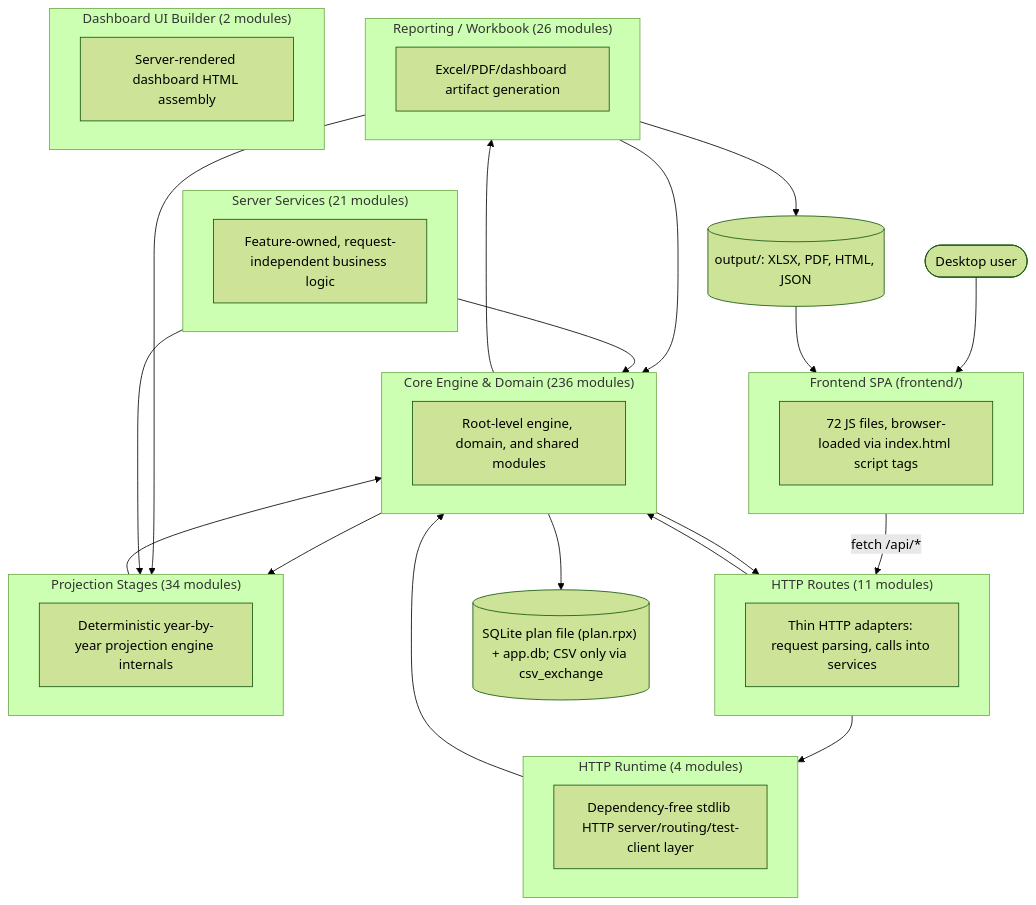
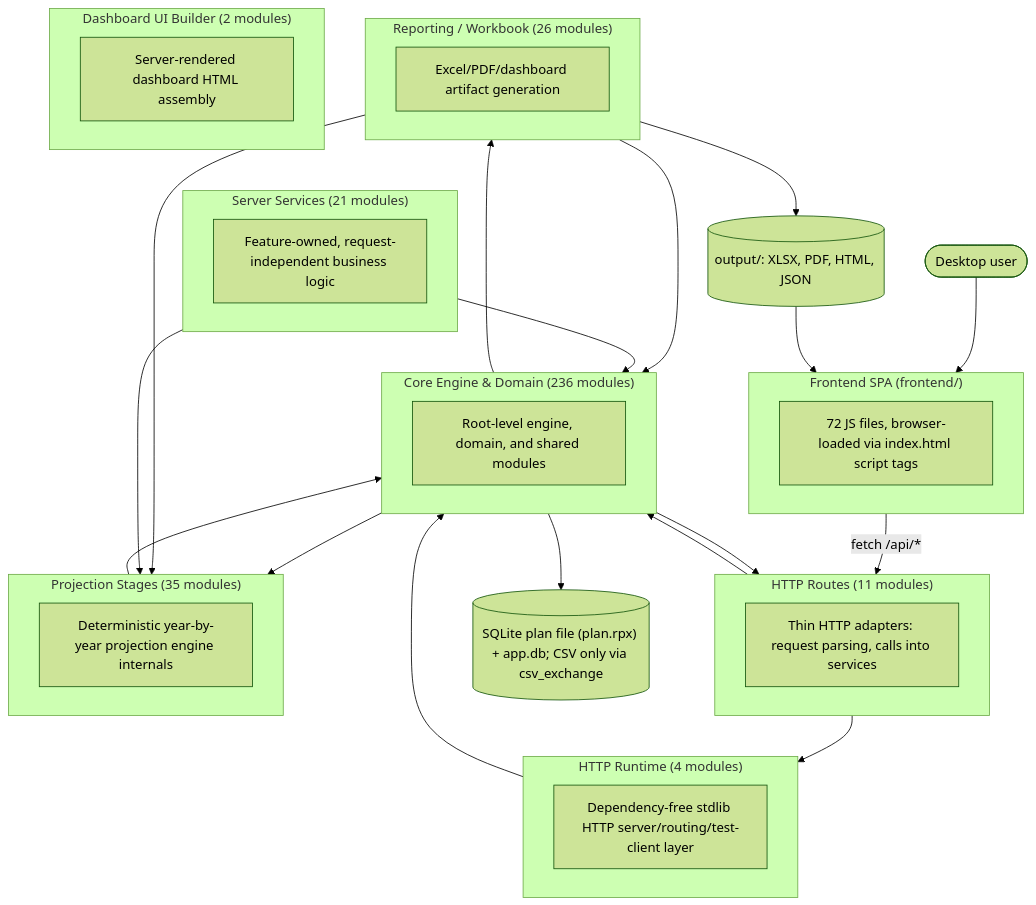
One commit to matthartzman/retirement_system changed the first of 2 diagrams in documentation/reference/SYSTEM_ARCHITECTURE_DIAGRAM.md. Above: the diagram before and after it, drawn with Mermaid (forest theme). The commit also changed other lines of this file and 3 other files, not shown here.

````diff
--- a/documentation/reference/SYSTEM_ARCHITECTURE_DIAGRAM.md
+++ b/documentation/reference/SYSTEM_ARCHITECTURE_DIAGRAM.md
@@ -11,43 +11,43 @@
 ```mermaid
 flowchart TB
     User(["Desktop user"]) --> FE
     subgraph FE["Frontend SPA (frontend/)"]
         FEcount["72 JS files, browser-loaded via index.html script tags"]
     end
     FE -->|fetch /api/*| L_HTTP_Routes
     subgraph L_HTTP_Routes["HTTP Routes (11 modules)"]
         L_HTTP_Routes_d["Thin HTTP adapters: request parsing, calls into services"]
     end
     subgraph L_Server_Services["Server Services (21 modules)"]
         L_Server_Services_d["Feature-owned, request-independent business logic"]
     end
     subgraph L_HTTP_Runtime["HTTP Runtime (4 modules)"]
         L_HTTP_Runtime_d["Dependency-free stdlib HTTP server/routing/test-client layer"]
     end
     subgraph L_Core_Engine___Domain["Core Engine & Domain (236 modules)"]
         L_Core_Engine___Domain_d["Root-level engine, domain, and shared modules"]
     end
-    subgraph L_Projection_Stages["Projection Stages (34 modules)"]
+    subgraph L_Projection_Stages["Projection Stages (35 modules)"]
         L_Projection_Stages_d["Deterministic year-by-year projection engine internals"]
     end
     subgraph L_Reporting___Workbook["Reporting / Workbook (26 modules)"]
         L_Reporting___Workbook_d["Excel/PDF/dashboard artifact generation"]
     end
     subgraph L_Dashboard_UI_Builder["Dashboard UI Builder (2 modules)"]
         L_Dashboard_UI_Builder_d["Server-rendered dashboard HTML assembly"]
     end
     L_Core_Engine___Domain --> L_HTTP_Routes
     L_Core_Engine___Domain --> L_Projection_Stages
     L_Core_Engine___Domain --> L_Reporting___Workbook
     L_HTTP_Routes --> L_Core_Engine___Domain
     L_HTTP_Routes --> L_HTTP_Runtime
     L_HTTP_Runtime --> L_Core_Engine___Domain
     L_Projection_Stages --> L_Core_Engine___Domain
     L_Reporting___Workbook --> L_Core_Engine___Domain
     L_Reporting___Workbook --> L_Projection_Stages
     L_Server_Services --> L_Core_Engine___Domain
     L_Server_Services --> L_Projection_Stages
     L_Core_Engine___Domain --> DB[("SQLite plan file (plan.rpx) + app.db; CSV only via csv_exchange")]
     L_Reporting___Workbook --> Outputs[("output/: XLSX, PDF, HTML, JSON")]
     Outputs --> FE
 ```
````
